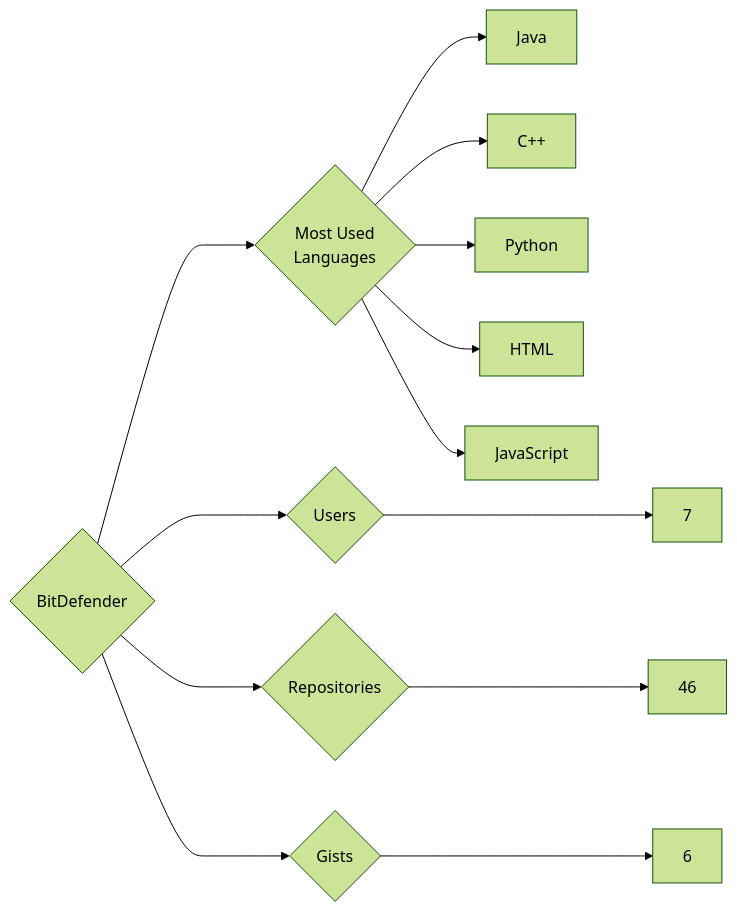
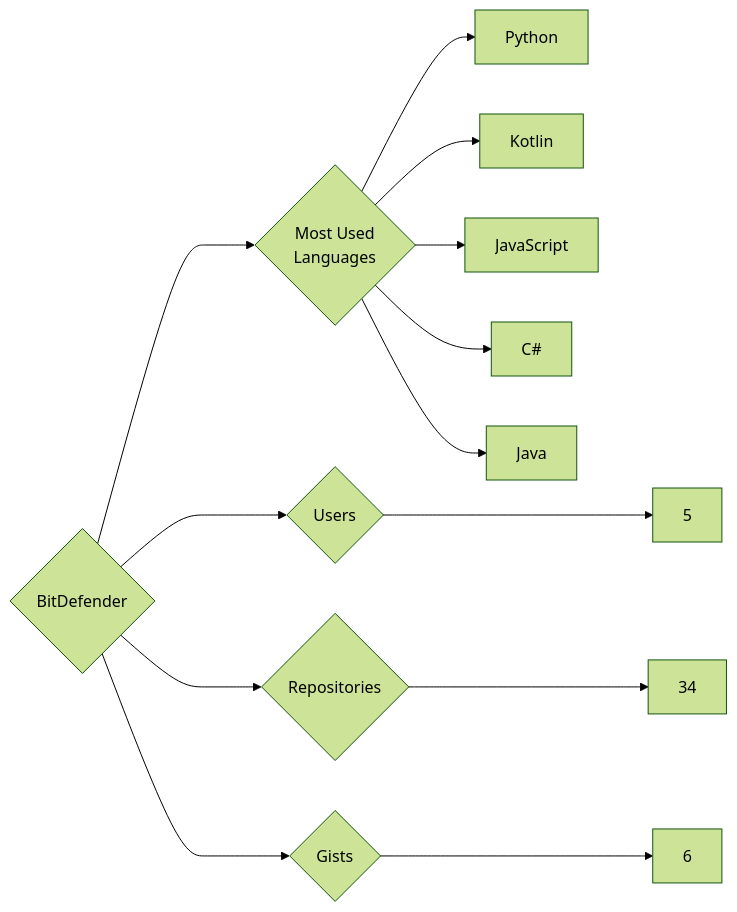
The diagram in targets/BitDefender/README.md (trickest/insiders), drawn with Mermaid (forest theme) before and after one commit. The commit also changed 699 other files, not shown here.

````diff
--- a/targets/BitDefender/README.md
+++ b/targets/BitDefender/README.md
@@ -3,13 +3,13 @@
 ```mermaid
 graph LR
 COMPANY_NAME{BitDefender}
-COMPANY_NAME ---> U{Users} ---> UN[7]
-COMPANY_NAME ---> R{Repositories} ---> RN[46]
+COMPANY_NAME ---> U{Users} ---> UN[5]
+COMPANY_NAME ---> R{Repositories} ---> RN[34]
 COMPANY_NAME ---> G{Gists} ---> GN[6]
 COMPANY_NAME ---> ML{Most Used<br>Languages}
+ML --> Python[Python]
+ML --> Kotlin[Kotlin]
+ML --> JavaScript[JavaScript]
+ML --> C#[C#]
 ML --> Java[Java]
-ML --> C++[C++]
-ML --> Python[Python]
-ML --> HTML[HTML]
-ML --> JavaScript[JavaScript]
 ```
````
